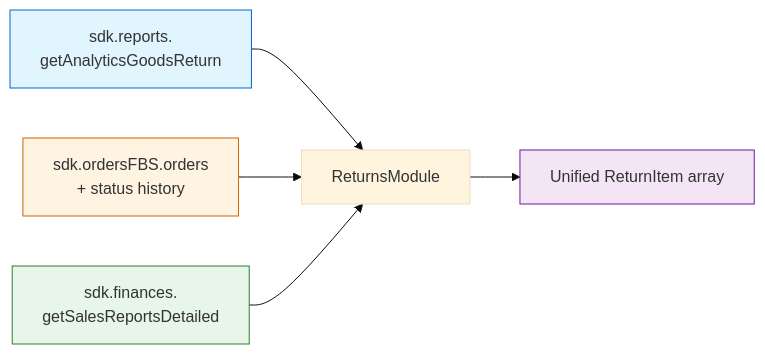
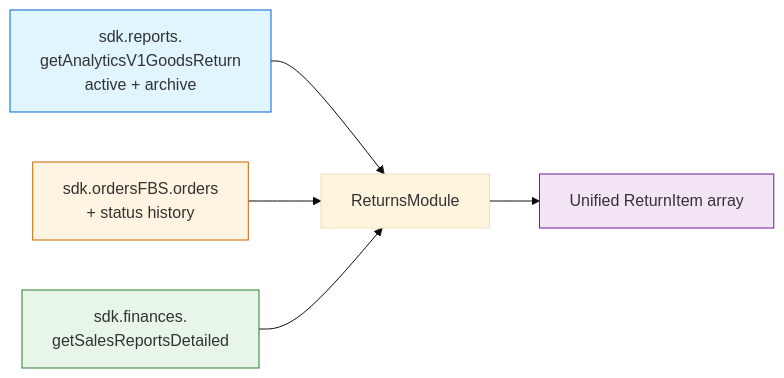
One commit to salacoste/daytona-wildberries-typescript-sdk changed the diagram in docs/guides/returns-module.md. Above: the diagram before and after it, drawn with Mermaid (base theme). The commit also changed other lines of this file and 232 other files, not shown here.

````diff
--- a/docs/guides/returns-module.md
+++ b/docs/guides/returns-module.md
@@ -13,12 +13,12 @@
 ```mermaid
 flowchart LR
-  A[sdk.reports.<br/>getAnalyticsGoodsReturn]:::fbo --> M[ReturnsModule]
+  A[sdk.reports.<br/>getAnalyticsV1GoodsReturn<br/>active + archive]:::fbo --> M[ReturnsModule]
   B[sdk.ordersFBS.orders<br/>+ status history]:::fbs --> M
   C[sdk.finances.<br/>getSalesReportsDetailed]:::fin --> M
   M --> O[Unified ReturnItem array]:::output
 
   classDef fbo fill:#e1f5ff,stroke:#0066cc
   classDef fbs fill:#fff3e1,stroke:#cc6600
   classDef fin fill:#e8f5e9,stroke:#2e7d32
   classDef output fill:#f3e5f5,stroke:#6a1b9a
 ```
````
